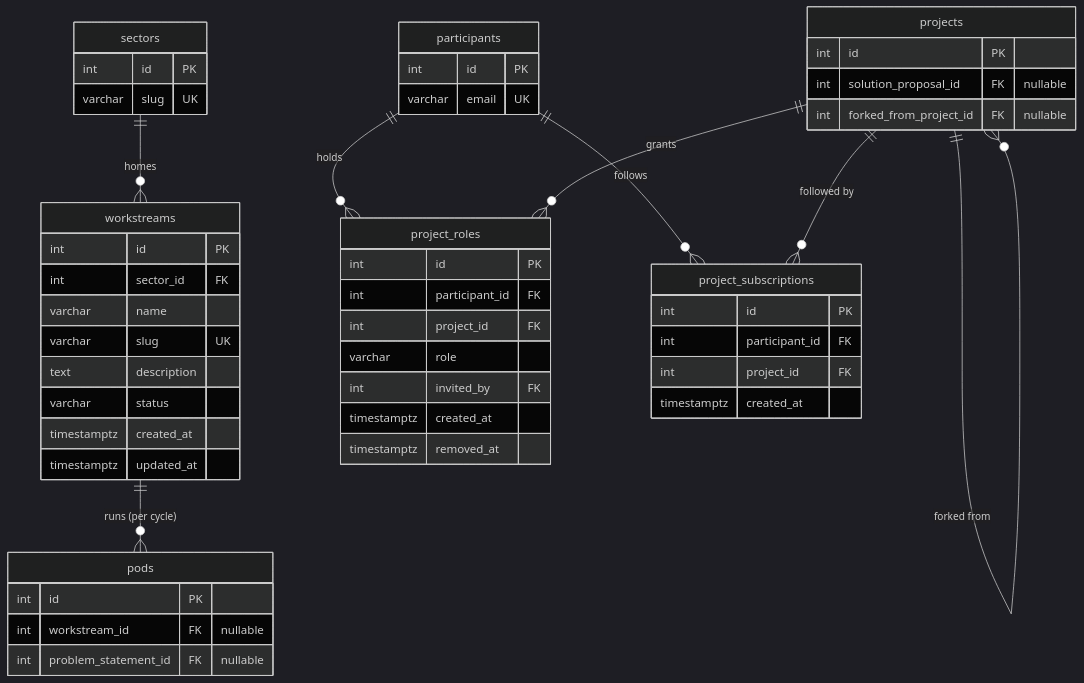
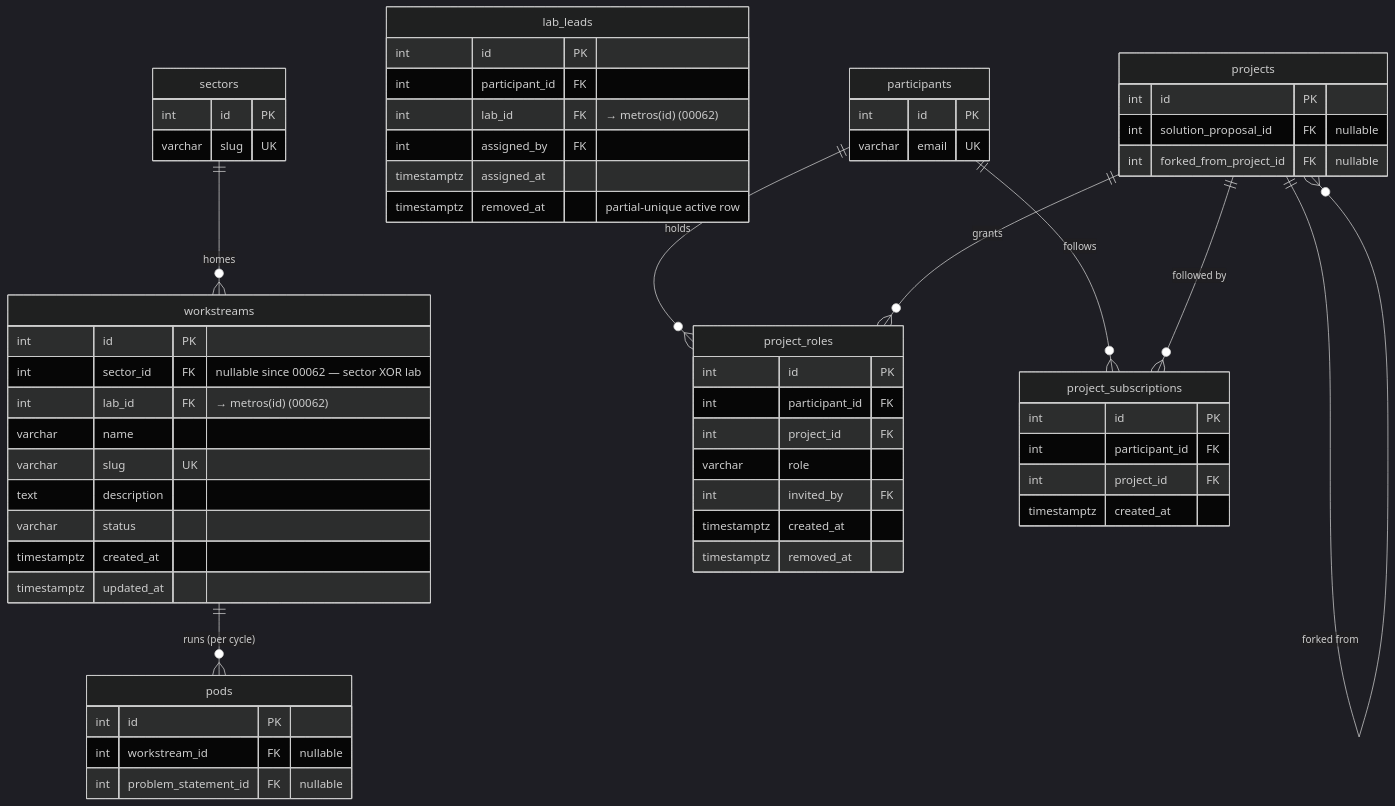
Before and after one commit to TheUpskillingLabs/OLOS: the ninth of 9 diagrams in SCHEMA.md, drawn with Mermaid (dark theme). The commit also changed other lines of this file, not shown here.

Commit message:
SCHEMA.md ERD: lab_id columns, lab_leads table, metros relations (00062)
Doc-sync per supabase/CLAUDE.md — the prose paragraphs landed with
Phase 1; this brings the Mermaid ERD along.

Claude-Session: https://claude.ai/code/session_01PBtSZh3kqFMinFkuNYqfi2

````diff
--- a/SCHEMA.md
+++ b/SCHEMA.md
@@ -649,60 +654,70 @@
 ```mermaid
 erDiagram
     sectors {
         int id PK
         varchar slug UK
     }
 
     workstreams {
         int id PK
-        int sector_id FK
+        int sector_id FK "nullable since 00062 — sector XOR lab"
+        int lab_id FK "→ metros(id) (00062)"
         varchar name
         varchar slug UK
         text description
         varchar status
         timestamptz created_at
         timestamptz updated_at
+    }
+
+    lab_leads {
+        int id PK
+        int participant_id FK
+        int lab_id FK "→ metros(id) (00062)"
+        int assigned_by FK
+        timestamptz assigned_at
+        timestamptz removed_at "partial-unique active row"
     }
 
     pods {
         int id PK
         int workstream_id FK "nullable"
         int problem_statement_id FK "nullable"
     }
 
     participants {
         int id PK
         varchar email UK
     }
 
     projects {
         int id PK
         int solution_proposal_id FK "nullable"
         int forked_from_project_id FK "nullable"
     }
 
     project_roles {
         int id PK
         int participant_id FK
         int project_id FK
         varchar role
         int invited_by FK
         timestamptz created_at
         timestamptz removed_at
     }
 
     project_subscriptions {
         int id PK
         int participant_id FK
         int project_id FK
         timestamptz created_at
     }
 
     sectors ||--o{ workstreams : "homes"
     workstreams ||--o{ pods : "runs (per cycle)"
     projects ||--o{ projects : "forked from"
     participants ||--o{ project_roles : "holds"
     projects ||--o{ project_roles : "grants"
     participants ||--o{ project_subscriptions : "follows"
     projects ||--o{ project_subscriptions : "followed by"
 ```
````
